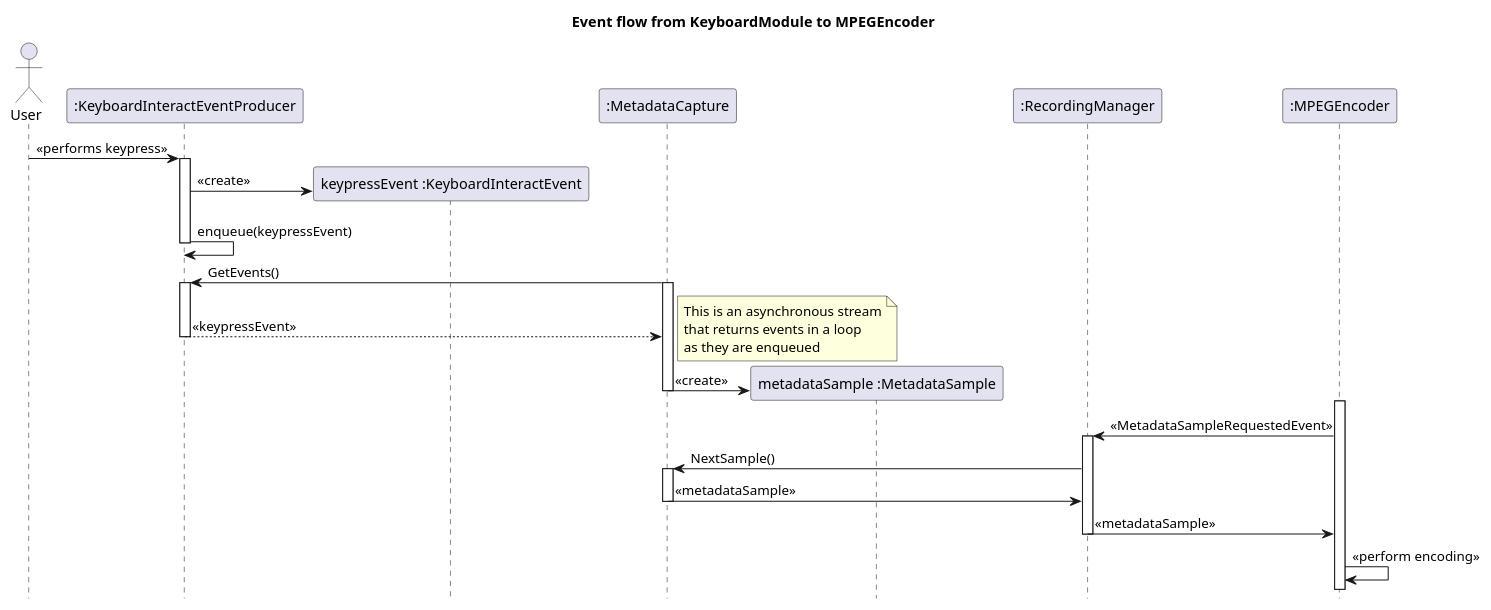
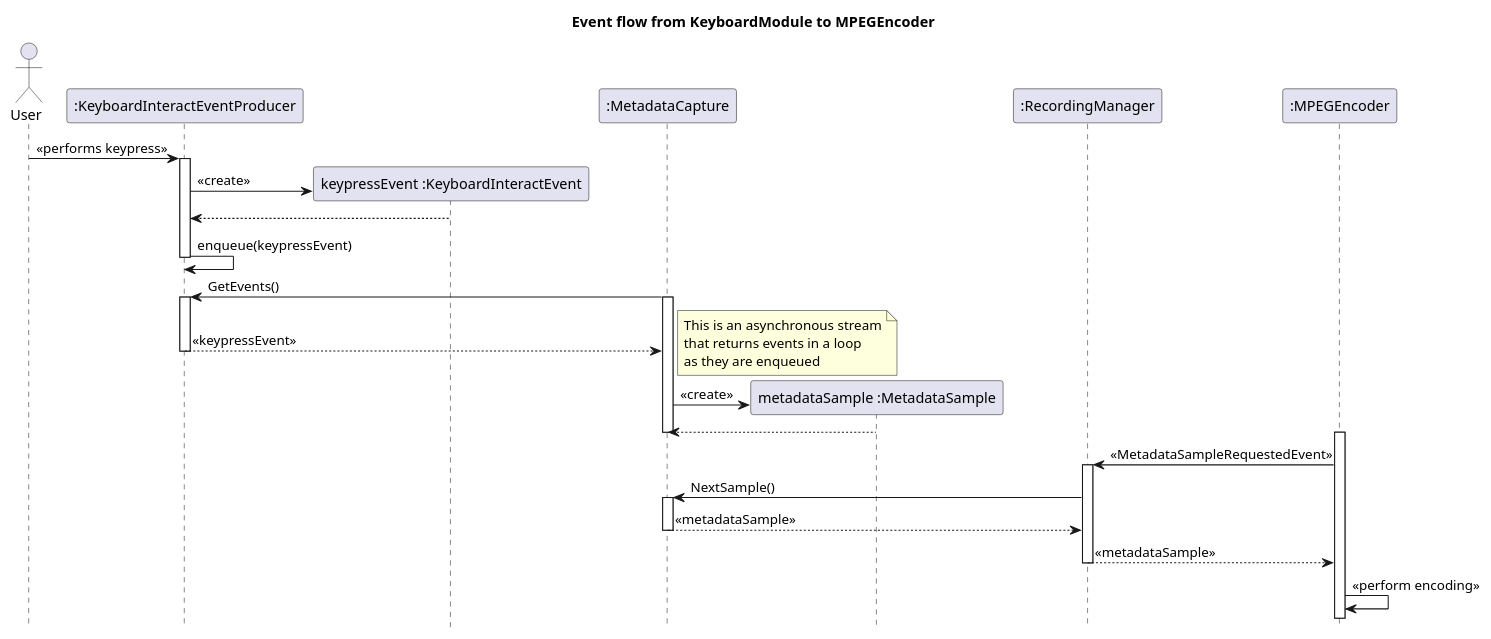
One commit to insightmind/MORR changed the diagram in documents/sd/plantuml/dynamic/Core/EventFlow.puml. Above: the diagram before and after it, drawn with PlantUML. The commit also changed 3 other files, not shown here.

```diff
--- a/documents/sd/plantuml/dynamic/Core/EventFlow.puml
+++ b/documents/sd/plantuml/dynamic/Core/EventFlow.puml
@@ -1,44 +1,46 @@
 @startuml
 'skinparam monochrome true
 hide footbox
 title Event flow from KeyboardModule to MPEGEncoder
 actor User
 
 participant ":KeyboardInteractEventProducer" as KeyboardEventProducer
 User -> KeyboardEventProducer : <<performs keypress>>
 activate KeyboardEventProducer
 create "keypressEvent :KeyboardInteractEvent" as KeyboardEvent
 KeyboardEventProducer -> KeyboardEvent : <<create>>
+KeyboardEventProducer <-- KeyboardEvent
 KeyboardEventProducer -> KeyboardEventProducer : enqueue(keypressEvent)
 deactivate KeyboardEventProducer
 
 participant ":MetadataCapture" as MetadataCapture
 MetadataCapture -> KeyboardEventProducer : GetEvents()
 activate MetadataCapture
 activate KeyboardEventProducer
 MetadataCapture <-- KeyboardEventProducer : <<keypressEvent>>
 note right
 This is an asynchronous stream
 that returns events in a loop
 as they are enqueued
 end note
 deactivate KeyboardEventProducer
 
 create "metadataSample :MetadataSample" as MetadataSample
 MetadataCapture -> MetadataSample : <<create>>
+MetadataCapture <-- MetadataSample
 deactivate MetadataCapture
 
 participant ":RecordingManager" as RecordingManager
 participant ":MPEGEncoder" as MPEGEncoder
 activate MPEGEncoder
 MPEGEncoder -> RecordingManager : <<MetadataSampleRequestedEvent>>
 activate RecordingManager
 RecordingManager -> MetadataCapture : NextSample()
 activate MetadataCapture
-RecordingManager <- MetadataCapture : <<metadataSample>>
+RecordingManager <-- MetadataCapture : <<metadataSample>>
 deactivate MetadataCapture
-MPEGEncoder <- RecordingManager : <<metadataSample>>
+MPEGEncoder <-- RecordingManager : <<metadataSample>>
 deactivate RecordingManager
 MPEGEncoder -> MPEGEncoder : <<perform encoding>>
 
 @enduml
```
